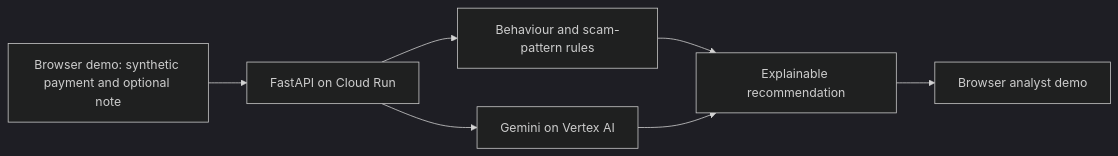
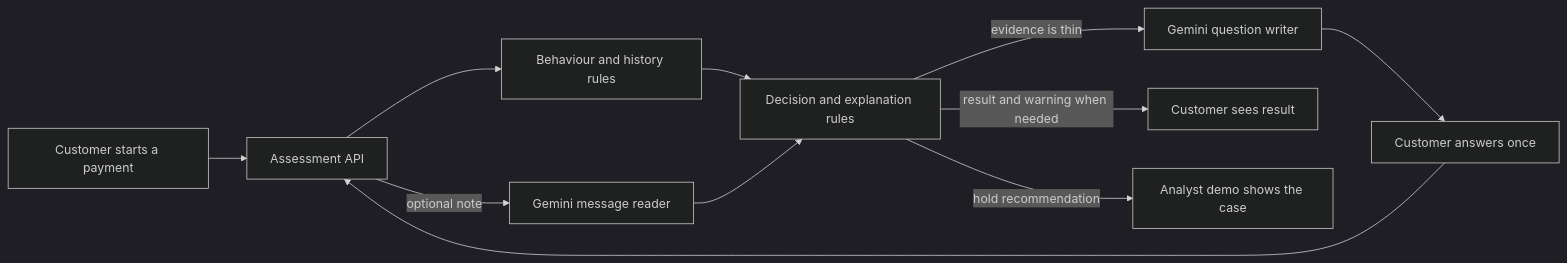
Before and after one commit to 05lakb/scamguard: the first of 2 diagrams in README.md, drawn with Mermaid (dark theme). The commit also changed other lines of this file, not shown here.

Commit message:
Clarify assessment and agent flows in README

````diff
--- a/README.md
+++ b/README.md
@@ -24,9 +28,13 @@
 ```mermaid
 flowchart LR
-    A[Browser demo: synthetic payment and optional note] --> B[FastAPI on Cloud Run]
-    B --> C[Behaviour and scam-pattern rules]
-    B --> D[Gemini on Vertex AI]
-    C --> E[Explainable recommendation]
-    D --> E
-    E --> F[Browser analyst demo]
+    P["Customer starts a payment"] --> API["Assessment API"]
+    API --> B["Behaviour and history rules"]
+    API -->|optional note| R["Gemini message reader"]
+    B --> D["Decision and explanation rules"]
+    R --> D
+    D -->|evidence is thin| Q["Gemini question writer"]
+    Q --> A["Customer answers once"]
+    A --> API
+    D -->|result and warning when needed| C["Customer sees result"]
+    D -->|hold recommendation| H["Analyst demo shows the case"]
 ```
````
